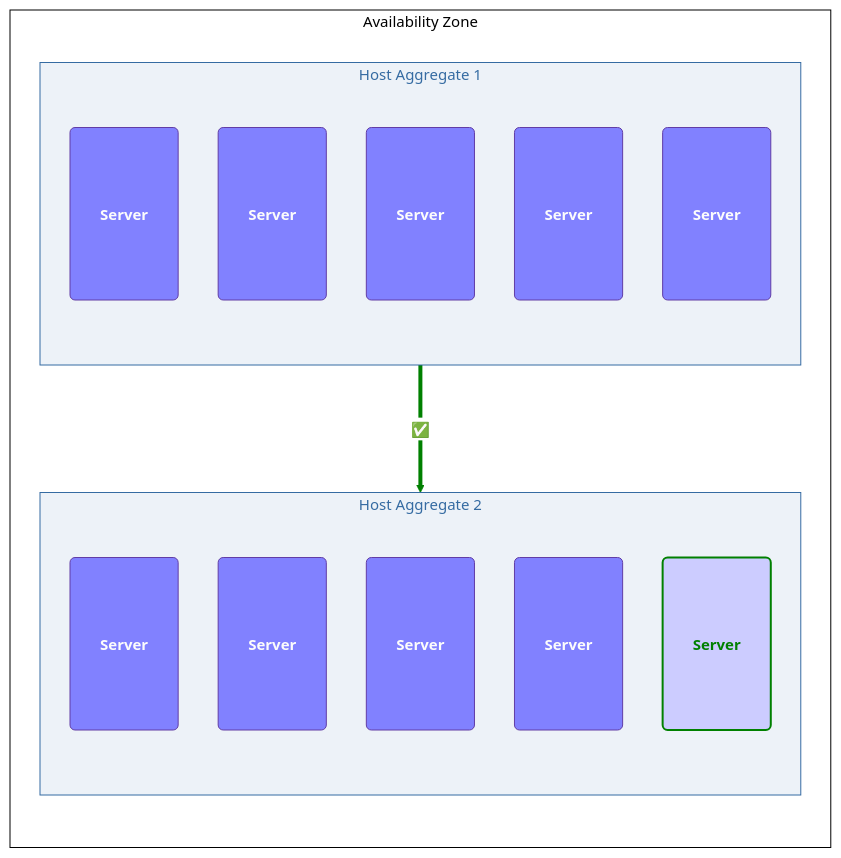
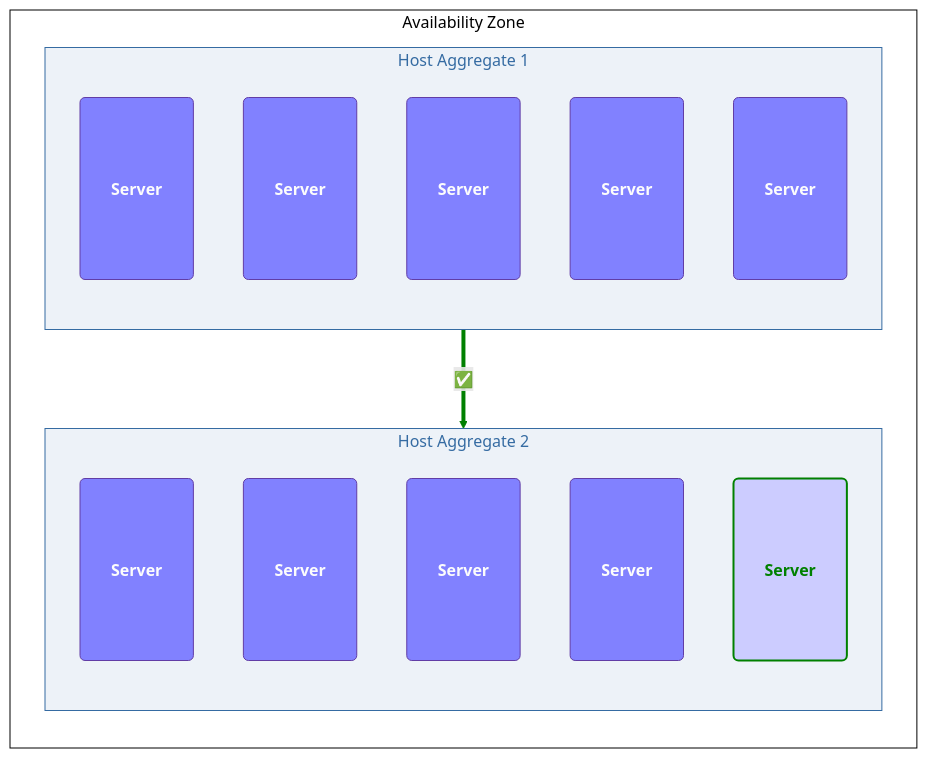
Before and after one commit to OpenStackKen/genestack: the second of 3 diagrams in docs/content/design-guide/cloud-design/host-aggregates.md, drawn with Mermaid. The commit also changed other lines of this file and 9 other files, not shown here.

````diff
--- a/docs/content/design-guide/cloud-design/host-aggregates.md
+++ b/docs/content/design-guide/cloud-design/host-aggregates.md
@@ -93,51 +87,41 @@
 ```mermaid
----
-config:
-  theme: neutral
-  themeVariables:
-    fontSize: 15px
-  flowchart:
-    curve: basis
-    nodeSpacing: 40
-    rankSpacing: 80
----
 flowchart TB
 
     subgraph AZ [ Availability Zone ]
         direction TB
         subgraph HA2 [ Host Aggregate 2 ]
             direction TB
             HOST21(<div style="padding: 4em 1em; font-weight:bold;">Server</div>)
             HOST22(<div style="padding: 4em 1em; font-weight:bold;">Server</div>)
             HOST23(<div style="padding: 4em 1em; font-weight:bold;">Server</div>)
             HOST24(<div style="padding: 4em 1em; font-weight:bold;">Server</div>)
             HOST25(<div style="padding: 4em 1em; font-weight:bold;">Server</div>)
         end
         subgraph HA1 [ Host Aggregate 1 ]
             direction TB
             HOST11(<div style="padding: 4em 1em; font-weight:bold;">Server</div>)
             HOST12(<div style="padding: 4em 1em; font-weight:bold;">Server</div>)
             HOST13(<div style="padding: 4em 1em; font-weight:bold;">Server</div>)
             HOST14(<div style="padding: 4em 1em; font-weight:bold;">Server</div>)
             HOST15(<div style="padding: 4em 1em; font-weight:bold;">Server</div>)
         end
     end
 
 HOST11 -- #9989; --> HOST25
 
 class HOST11,HOST12,HOST13,HOST14,HOST15 host
 class HOST25 target
 class HOST21,HOST22,HOST23,HOST24 host
 class HOST31,HOST32,HOST33,HOST34,HOST35 host
 class HOST41,HOST42,HOST43,HOST44,HOST45 host
 class HA1,HA2,HA3,HA4 hostagg
 class AZ az
 
 %% Display Classes
     classDef host           fill:#8181ff,stroke:#613da6,color:#fcfcfc;
     classDef hostagg        fill:#edf2f8,stroke:#356ba2,color:#356ba2;
     classDef az             fill:none,stroke:#000,color:#000;
     classDef target         color:green,fill:#ccf,stroke:green,stroke-width:2px;
 
     linkStyle 0 stroke-width:4px,fill:green,stroke:green,background-color:none;
 ```
````
